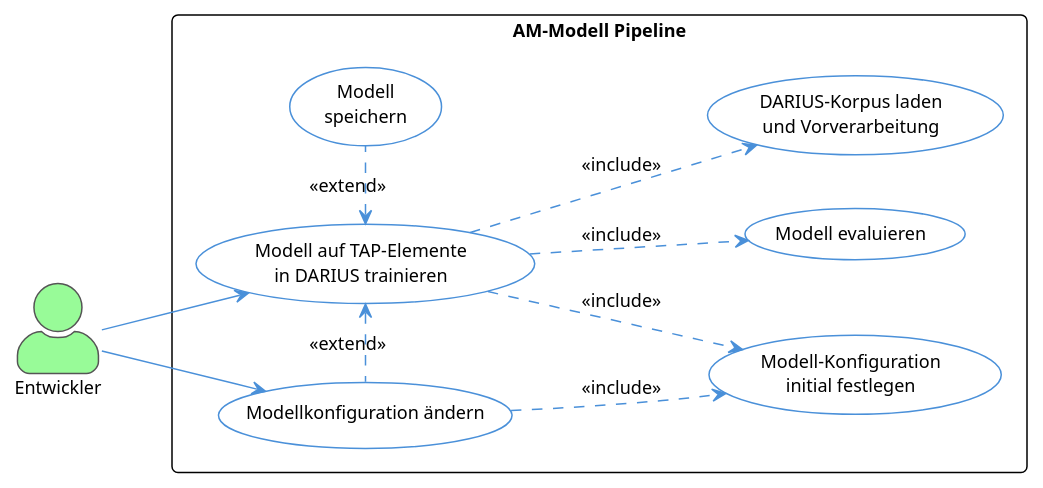
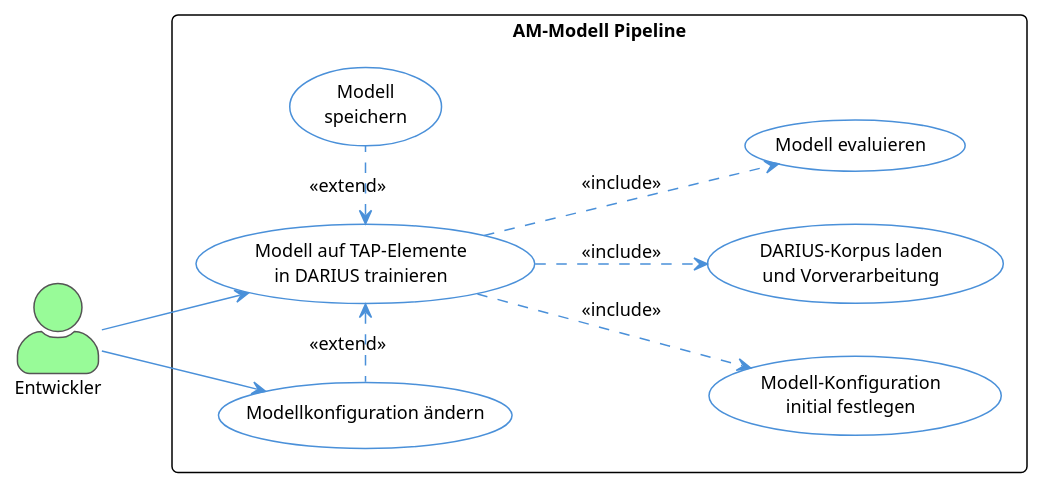
One commit to felixdrescher/german_am_modell changed the diagram in documentation/model/use-case.plantuml. Above: the diagram before and after it, drawn with PlantUML. The commit also changed 5 other files, not shown here.

Commit message:
finalizes uml with small changes

```diff
--- a/documentation/model/use-case.plantuml
+++ b/documentation/model/use-case.plantuml
@@ -1,49 +1,48 @@
 @startuml Use-Case Modell
 !theme plain
 
 skinparam defaultFontName Arial
 skinparam defaultFontSize 12
 skinparam roundcorner 8
 skinparam actorStyle awesome
 
 skinparam usecase {
     BorderColor #4A90D9
     ArrowColor #4A90D9
 }
 skinparam actor {
     BackgroundColor #FAFAFA
     BorderColor #555
 }
 
 left to right direction
 
 ' ── Akteure ──────────────────────────────────────────────
 actor "Entwickler" as DEV #PaleGreen
 
 rectangle "AM-Modell Pipeline" {
     
     usecase "Modell auf TAP-Elemente\nin DARIUS trainieren" as UC1
     usecase "Modell-Konfiguration\ninitial festlegen" as UC1_1
     usecase "DARIUS-Korpus laden\nund Vorverarbeitung" as UC1_2
     usecase "Modell evaluieren" as UC1_3
 
     usecase "Modellkonfiguration ändern" as UC2
     
     usecase "Modell\nspeichern" as UC5
 }
 
 ' Beziehungen
 DEV --> UC2
 DEV --> UC1
 
 ' Hierarchien: Konfiguration ist Teil des Trainings-Workflows
 UC1 .down.> UC1_1 : <<include>>
 UC1 .down.> UC1_2 : <<include>>
 UC1 .down.> UC1_3 : <<include>>
 UC2 .left.> UC1 : <<extend>>
 
 UC5 .left.> UC1 : <<extend>>
-UC2 .down.> UC1_1 : <<include>>
 
 
 @enduml
```
